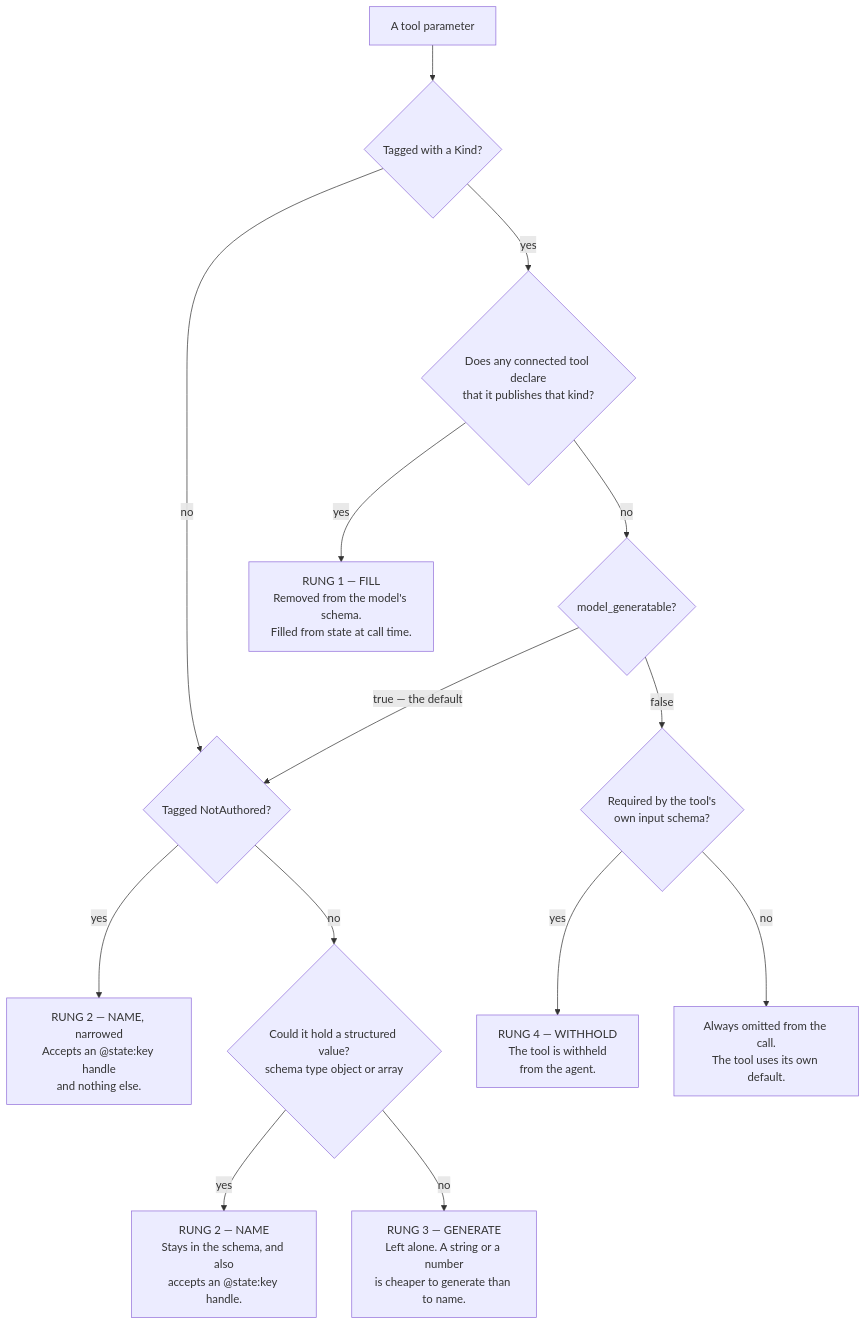
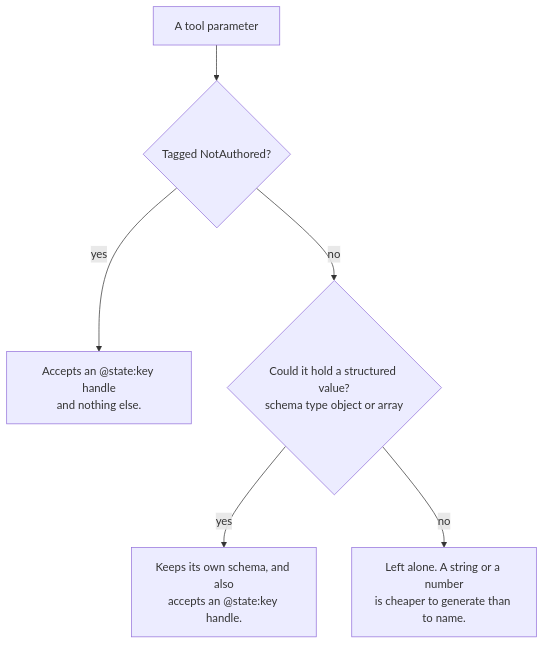
One commit to developmentseed/mcp-toolsets-runtime changed the first of 2 diagrams in docs/SESSION-STATE.md. Above: the diagram before and after it, drawn with Mermaid. The commit also changed other lines of this file and 48 other files, not shown here.

First line of the commit message:
feat(state)!: remove Kind; a name is the contract

````diff
--- a/docs/SESSION-STATE.md
+++ b/docs/SESSION-STATE.md
@@ -197,22 +84,10 @@
 ```mermaid
 flowchart TD
-    P["A tool parameter"] --> D{"Tagged with a Kind?"}
+    P["A tool parameter"] --> N{"Tagged NotAuthored?"}
 
-    D -->|no| N{"Tagged NotAuthored?"}
-    D -->|yes| K{"Does any connected tool declare<br/>that it publishes that kind?"}
-
-    N -->|yes| ONLY["RUNG 2 — NAME, narrowed<br/>Accepts an @state:key handle<br/>and nothing else."]
+    N -->|yes| ONLY["Accepts an @state:key handle<br/>and nothing else."]
     N -->|no| B{"Could it hold a structured value?<br/>schema type object or array"}
 
-    K -->|yes| HIDE["RUNG 1 — FILL<br/>Removed from the model's schema.<br/>Filled from state at call time."]
-    K -->|no| G{"model_generatable?"}
-
-    G -->|"true — the default"| N
-    G -->|false| R{"Required by the tool's<br/>own input schema?"}
-
-    R -->|yes| W["RUNG 4 — WITHHOLD<br/>The tool is withheld<br/>from the agent."]
-    R -->|no| OMIT["Always omitted from the call.<br/>The tool uses its own default."]
-
-    B -->|yes| HANDLE["RUNG 2 — NAME<br/>Stays in the schema, and also<br/>accepts an @state:key handle."]
-    B -->|no| LEAVE["RUNG 3 — GENERATE<br/>Left alone. A string or a number<br/>is cheaper to generate than to name."]
+    B -->|yes| HANDLE["Keeps its own schema, and also<br/>accepts an @state:key handle."]
+    B -->|no| LEAVE["Left alone. A string or a number<br/>is cheaper to generate than to name."]
 ```
````
